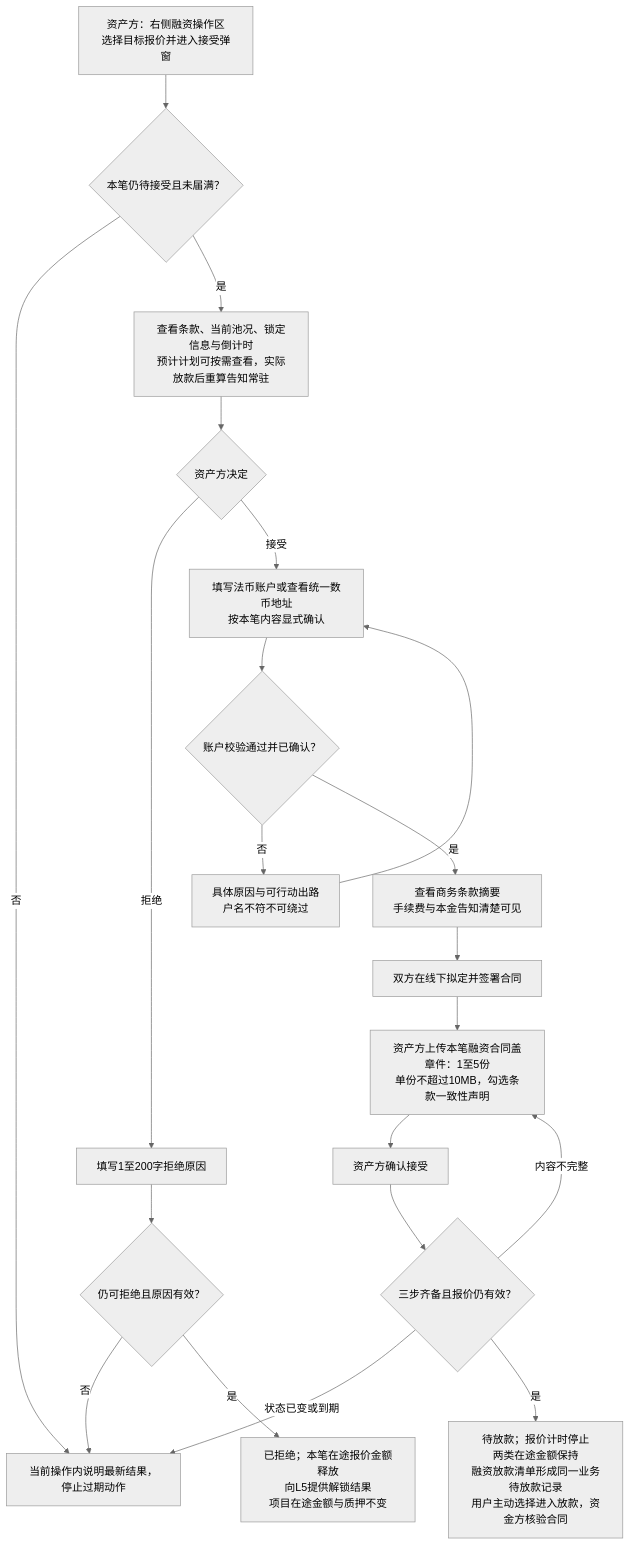
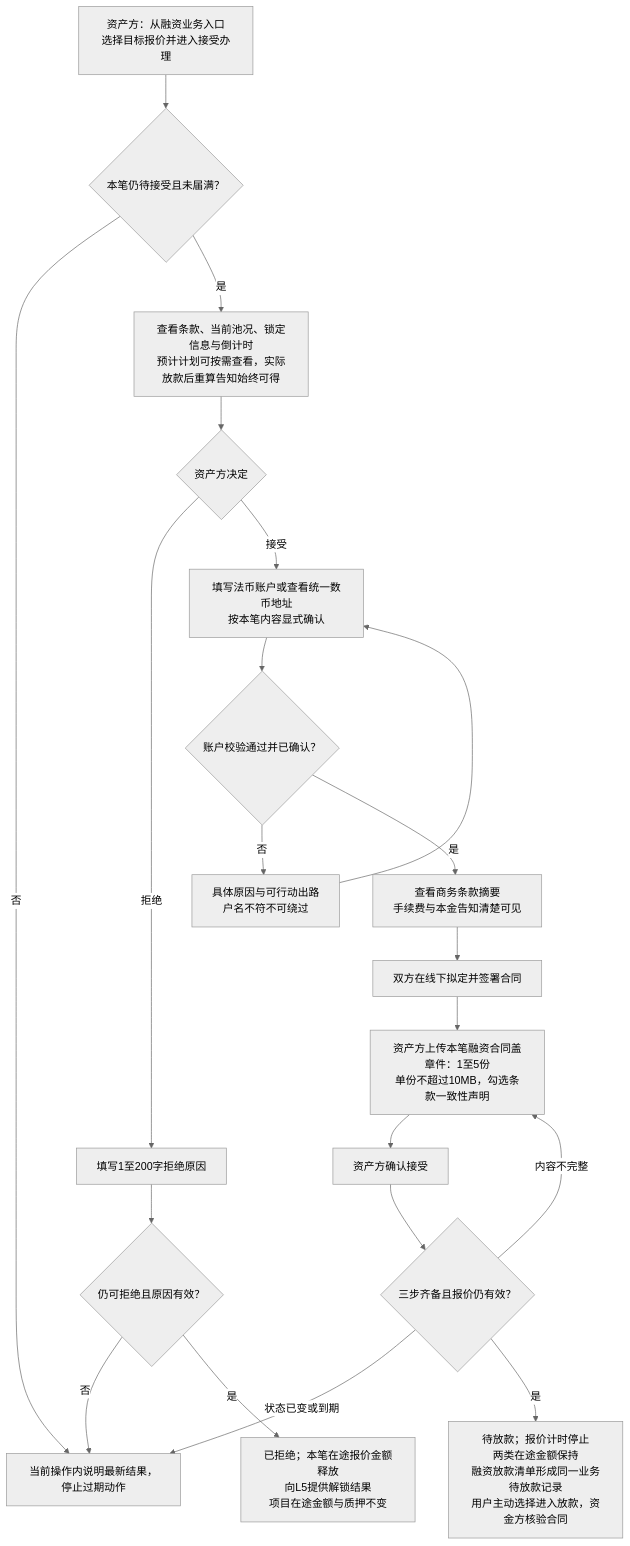
The second of 8 diagrams in lending-platform/PRD/v1.0-借贷广场-授信报价与接受拒绝/02-授信报价与接受拒绝-流程图与状态机.md (wxblockchain/Chain-Financing), drawn with Mermaid (neutral theme) before and after one commit. The commit also changed other lines of this file and 4 other files, not shown here.

````diff
--- a/lending-platform/PRD/v1.0-借贷广场-授信报价与接受拒绝/02-授信报价与接受拒绝-流程图与状态机.md
+++ b/lending-platform/PRD/v1.0-借贷广场-授信报价与接受拒绝/02-授信报价与接受拒绝-流程图与状态机.md
@@ -43,23 +43,23 @@
 ```mermaid
 flowchart TD
-  A["资产方：右侧融资操作区<br/>选择目标报价并进入接受弹窗"] --> B{"本笔仍待接受且未届满？"}
+  A["资产方：从融资业务入口<br/>选择目标报价并进入接受办理"] --> B{"本笔仍待接受且未届满？"}
   B -- "否" --> X["当前操作内说明最新结果，停止过期动作"]
-  B -- "是" --> C["查看条款、当前池况、锁定信息与倒计时<br/>预计计划可按需查看，实际放款后重算告知常驻"]
+  B -- "是" --> C["查看条款、当前池况、锁定信息与倒计时<br/>预计计划可按需查看，实际放款后重算告知始终可得"]
   C --> D{"资产方决定"}
   D -- "拒绝" --> R["填写1至200字拒绝原因"]
   R --> R1{"仍可拒绝且原因有效？"}
   R1 -- "否" --> X
   R1 -- "是" --> R2["已拒绝；本笔在途报价金额释放<br/>向L5提供解锁结果<br/>项目在途金额与质押不变"]
   D -- "接受" --> E["填写法币账户或查看统一数币地址<br/>按本笔内容显式确认"]
   E --> F{"账户校验通过并已确认？"}
   F -- "否" --> E1["具体原因与可行动出路<br/>户名不符不可绕过"]
   E1 --> E
   F -- "是" --> G["查看商务条款摘要<br/>手续费与本金告知清楚可见"]
   G --> H["双方在线下拟定并签署合同"]
   H --> I["资产方上传本笔融资合同盖章件：1至5份<br/>单份不超过10MB，勾选条款一致性声明"]
   I --> J["资产方确认接受"]
   J --> K{"三步齐备且报价仍有效？"}
   K -- "状态已变或到期" --> X
   K -- "内容不完整" --> I
   K -- "是" --> L["待放款；报价计时停止<br/>两类在途金额保持<br/>融资放款清单形成同一业务待放款记录<br/>用户主动选择进入放款，资金方核验合同"]
 ```
````
